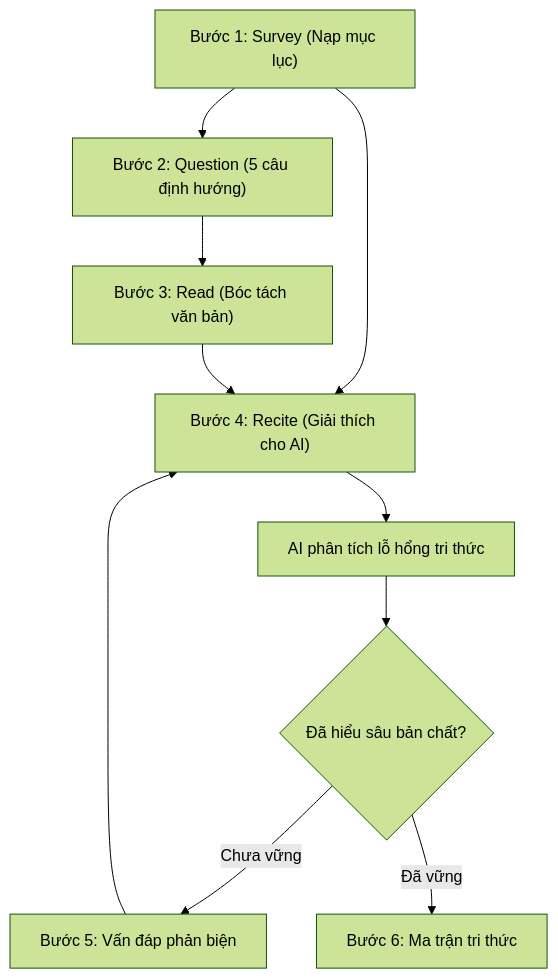
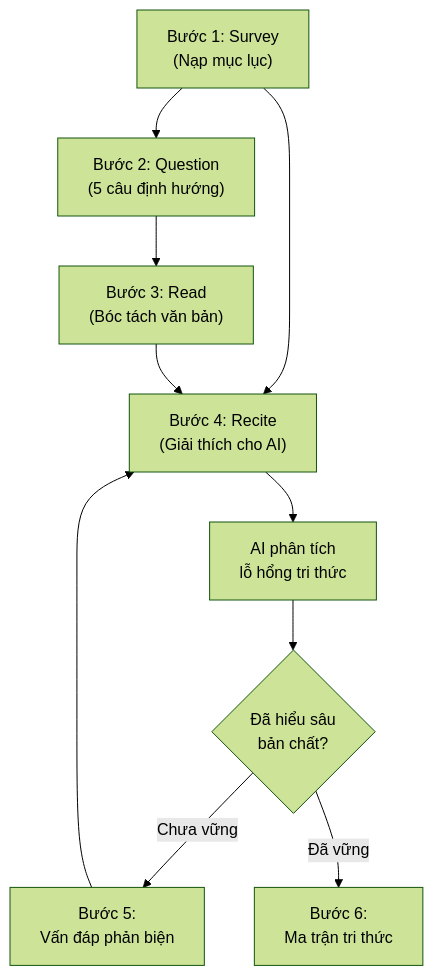
One commit to nguyengoctin/my_website changed the diagram in content/posts/doc-sach-hoc-thuat-cung-ai.md. Above: the diagram before and after it, drawn with Mermaid (forest theme). The commit also changed 3 other files, not shown here.

````diff
--- a/content/posts/doc-sach-hoc-thuat-cung-ai.md
+++ b/content/posts/doc-sach-hoc-thuat-cung-ai.md
@@ -41,20 +41,20 @@
 ```mermaid
 flowchart TD
-    S1["`Bước 1: Survey (Nạp mục lục)`"]
-    S2["`Bước 2: Question (5 câu định hướng)`"]
-    S3["`Bước 3: Read (Bóc tách văn bản)`"]
-    F1["`Bước 4: Recite (Giải thích cho AI)`"]
-    F2["`AI phân tích lỗ hổng tri thức`"]
-    F3{"`Đã hiểu sâu bản chất?`"}
-    F4["`Bước 5: Vấn đáp phản biện`"]
-    R1["`Bước 6: Ma trận tri thức`"]
+    S1["`Bước 1: Survey<br/>(Nạp mục lục)`"]
+    S2["`Bước 2: Question<br/>(5 câu định hướng)`"]
+    S3["`Bước 3: Read<br/>(Bóc tách văn bản)`"]
+    F1["`Bước 4: Recite<br/>(Giải thích cho AI)`"]
+    F2["`AI phân tích<br/>lỗ hổng tri thức`"]
+    F3{"`Đã hiểu sâu<br/>bản chất?`"}
+    F4["`Bước 5:<br/>Vấn đáp phản biện`"]
+    R1["`Bước 6:<br/>Ma trận tri thức`"]
     S1 --> S2
     S2 --> S3
     S1 --> F1
     S3 --> F1
     F1 --> F2
     F2 --> F3
     F3 -->|Chưa vững| F4
     F4 --> F1
     F3 -->|Đã vững| R1
 ```
````
